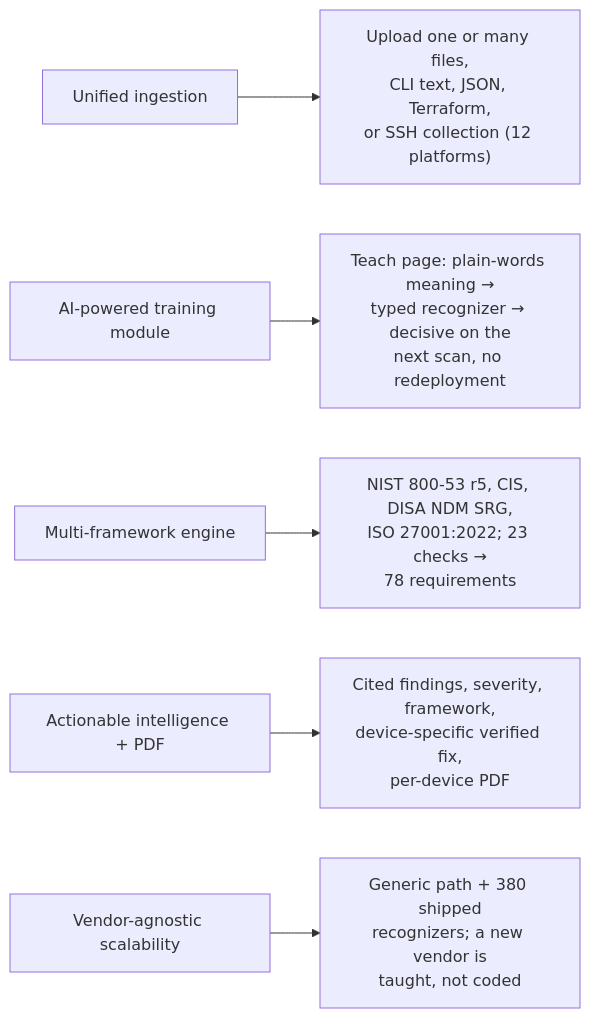
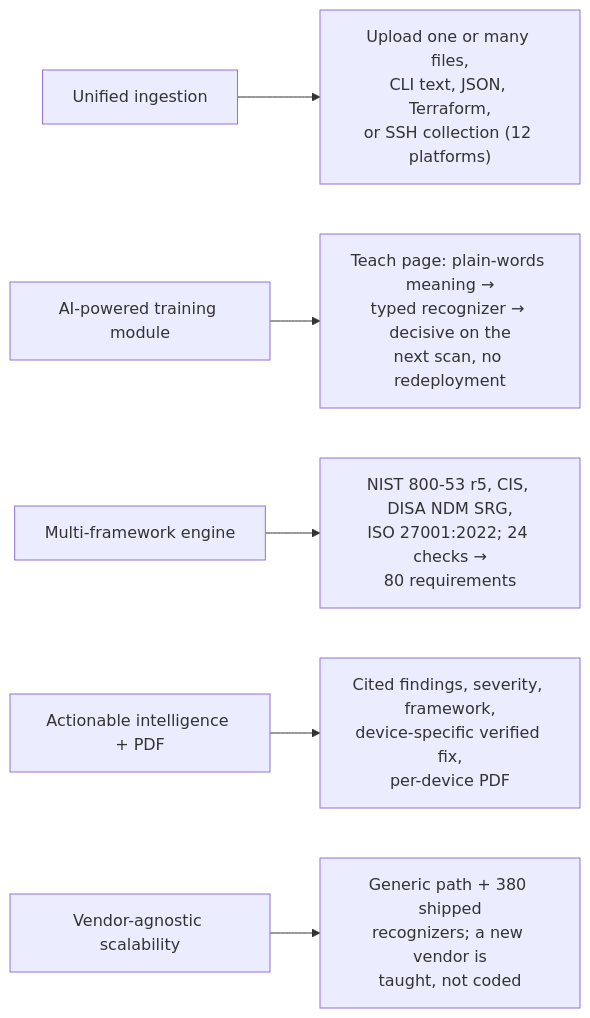
Before and after one commit to astrilo-monk/sih-26155: the diagram in docs/requirements.md, drawn with Mermaid. The commit also changed other lines of this file and 44 other files, not shown here.

````diff
--- a/docs/requirements.md
+++ b/docs/requirements.md
@@ -10,8 +10,8 @@
 ```mermaid
 flowchart LR
     R1["Unified ingestion"] --> M1["Upload one or many files,<br/>CLI text, JSON, Terraform,<br/>or SSH collection (12 platforms)"]
     R2["AI-powered training module"] --> M2["Teach page: plain-words meaning →<br/>typed recognizer → decisive on the<br/>next scan, no redeployment"]
-    R3["Multi-framework engine"] --> M3["NIST 800-53 r5, CIS, DISA NDM SRG,<br/>ISO 27001:2022; 23 checks →<br/>78 requirements"]
+    R3["Multi-framework engine"] --> M3["NIST 800-53 r5, CIS, DISA NDM SRG,<br/>ISO 27001:2022; 24 checks →<br/>80 requirements"]
     R4["Actionable intelligence + PDF"] --> M4["Cited findings, severity, framework,<br/>device-specific verified fix,<br/>per-device PDF"]
     R5["Vendor-agnostic scalability"] --> M5["Generic path + 380 shipped<br/>recognizers; a new vendor is<br/>taught, not coded"]
 ```
````
